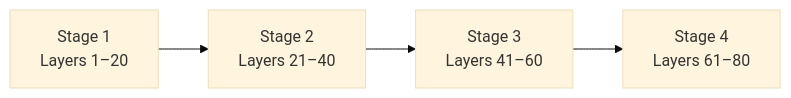
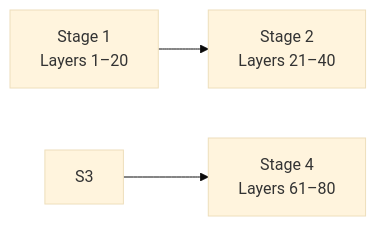
Before and after one commit to harvard-edge/cs249r_book: the third of 3 diagrams in mlsysim/docs/tutorials/distributed.qmd, drawn with Mermaid (base theme). The commit also changed other lines of this file and 27 other files, not shown here.

First line of the commit message:
docs(mlsysim): update API docs, tutorials, and whitepaper for new architecture

````diff
--- a/mlsysim/docs/tutorials/distributed.qmd
+++ b/mlsysim/docs/tutorials/distributed.qmd
@@ -107,7 +107,6 @@
 ```{mermaid}
 %%| fig-cap: "Pipeline Parallelism: partition layers across stages, activations flow forward."
 flowchart LR
     S1["Stage 1<br/>Layers 1–20"] --> S2["Stage 2<br/>Layers 21–40"]
-    S2 --> S3["Stage 3<br/>Layers 41–60"]
     S3 --> S4["Stage 4<br/>Layers 61–80"]
 ```
````
